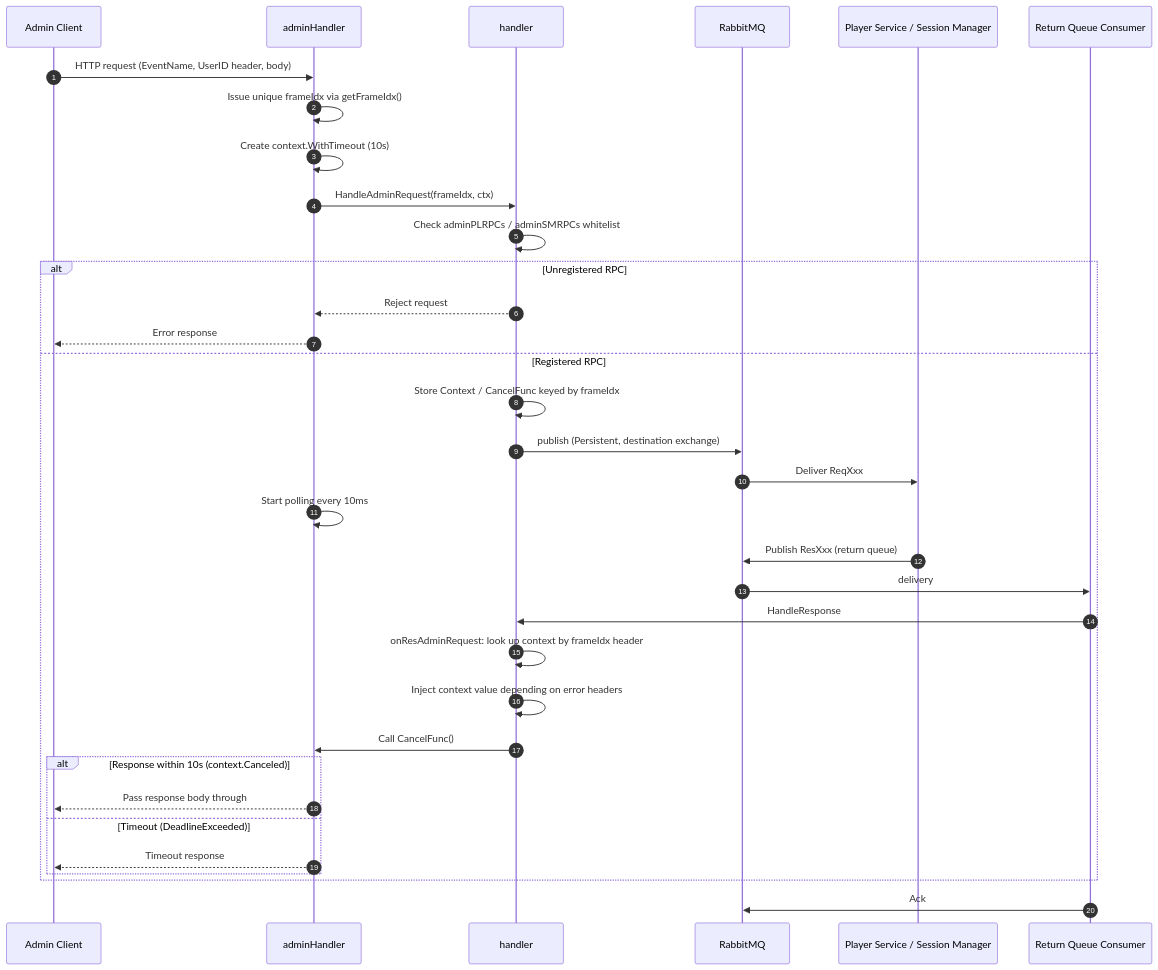
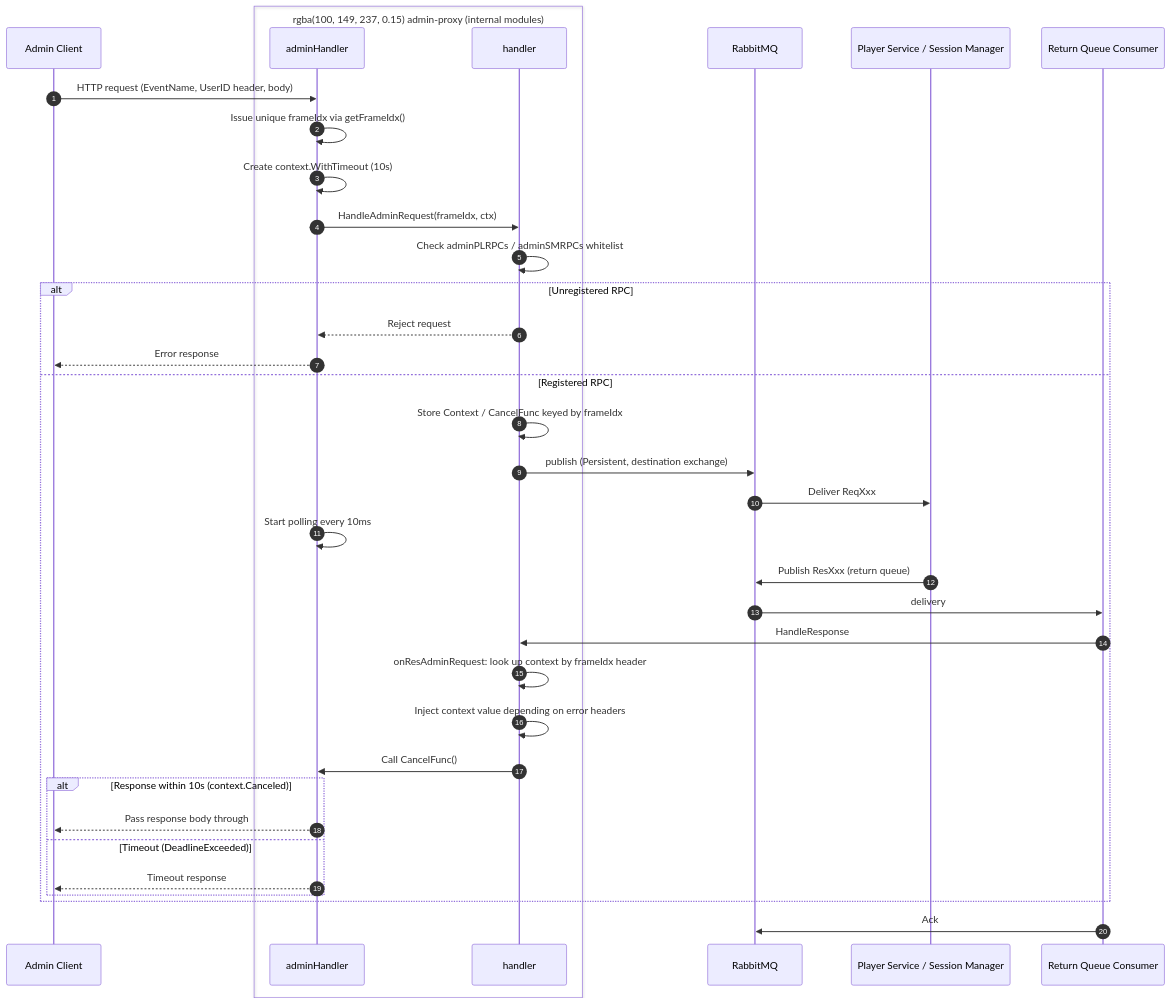
One commit to woodsshin/GameServer changed the second of 2 diagrams in Backend/adminproxy/README_EN.md. Above: the diagram before and after it, drawn with Mermaid. The commit also changed 1 other file, not shown here.

Commit message:
다이어그램 수정

````diff
--- a/Backend/adminproxy/README_EN.md
+++ b/Backend/adminproxy/README_EN.md
@@ -36,40 +36,42 @@
 ```mermaid
 sequenceDiagram
     autonumber
     participant C as Admin Client
-    participant A as adminHandler
-    participant H as handler
+    box rgba(100, 149, 237, 0.15) admin-proxy (internal modules)
+        participant A as adminHandler
+        participant H as handler
+    end
     participant MQ as RabbitMQ
     participant S as Player Service / Session Manager
     participant L as Return Queue Consumer
 
     C->>A: HTTP request (EventName, UserID header, body)
     A->>A: Issue unique frameIdx via getFrameIdx()
     A->>A: Create context.WithTimeout (10s)
     A->>H: HandleAdminRequest(frameIdx, ctx)
     H->>H: Check adminPLRPCs / adminSMRPCs whitelist
 
     alt Unregistered RPC
         H-->>A: Reject request
         A-->>C: Error response
     else Registered RPC
         H->>H: Store Context / CancelFunc keyed by frameIdx
         H->>MQ: publish (Persistent, destination exchange)
         MQ->>S: Deliver ReqXxx
         A->>A: Start polling every 10ms
 
         S->>MQ: Publish ResXxx (return queue)
         MQ->>L: delivery
         L->>H: HandleResponse
         H->>H: onResAdminRequest: look up context by frameIdx header
         H->>H: Inject context value depending on error headers
         H->>A: Call CancelFunc()
 
         alt Response within 10s (context.Canceled)
             A-->>C: Pass response body through
         else Timeout (DeadlineExceeded)
             A-->>C: Timeout response
         end
     end
     L->>MQ: Ack
 ```
````
